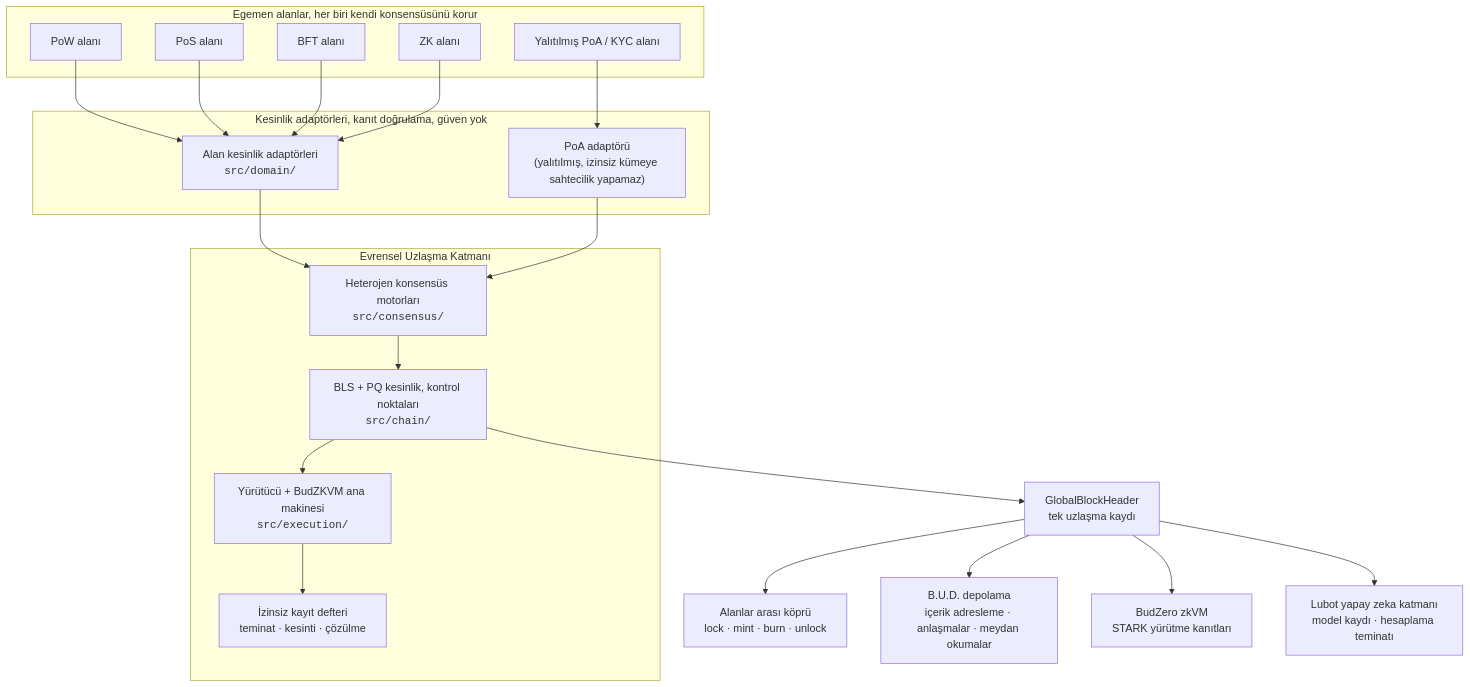
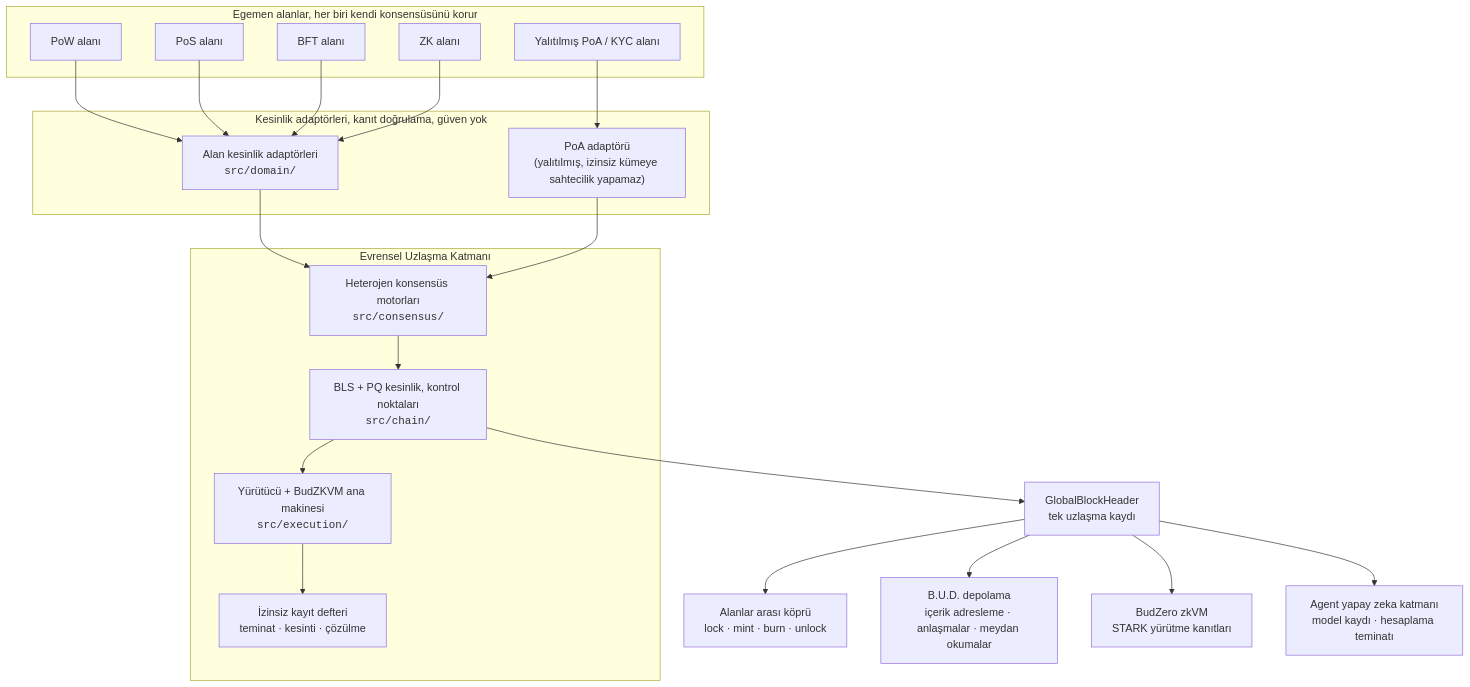
One commit to budlum-xyz/budlum changed the diagram in README.tr.md. Above: the diagram before and after it, drawn with Mermaid. The commit also changed other lines of this file and 175 other files, not shown here.

````diff
--- a/README.tr.md
+++ b/README.tr.md
@@ -66,39 +66,39 @@
 ```mermaid
 flowchart TB
   subgraph Domains["Egemen alanlar, her biri kendi konsensüsünü korur"]
     PoW["PoW alanı"]
     PoS["PoS alanı"]
     BFT["BFT alanı"]
     ZKD["ZK alanı"]
     PoA["Yalıtılmış PoA / KYC alanı"]
   end
 
   subgraph Adapters["Kesinlik adaptörleri, kanıt doğrulama, güven yok"]
     FA["Alan kesinlik adaptörleri<br/><code>src/domain/</code>"]
     PA["PoA adaptörü<br/>(yalıtılmış, izinsiz kümeye sahtecilik yapamaz)"]
   end
 
   subgraph USL["Evrensel Uzlaşma Katmanı"]
     CONS["Heterojen konsensüs motorları<br/><code>src/consensus/</code>"]
     FIN["BLS + PQ kesinlik, kontrol noktaları<br/><code>src/chain/</code>"]
     EXEC["Yürütücü + BudZKVM ana makinesi<br/><code>src/execution/</code>"]
     REG["İzinsiz kayıt defteri<br/>teminat · kesinti · çözülme"]
   end
 
   PoW --> FA
   PoS --> FA
   BFT --> FA
   ZKD --> FA
   PoA --> PA
   FA --> CONS
   PA --> CONS
   CONS --> FIN
   FIN --> EXEC
   EXEC --> REG
 
   FIN --> GBH["GlobalBlockHeader<br/>tek uzlaşma kaydı"]
   GBH --> BR["Alanlar arası köprü<br/>lock · mint · burn · unlock"]
   GBH --> ST["B.U.D. depolama<br/>içerik adresleme · anlaşmalar · meydan okumalar"]
   GBH --> ZK["BudZero zkVM<br/>STARK yürütme kanıtları"]
-  GBH --> AI["Lubot yapay zeka katmanı<br/>model kaydı · hesaplama teminatı"]
+  GBH --> AI["Agent yapay zeka katmanı<br/>model kaydı · hesaplama teminatı"]
 ```
````
